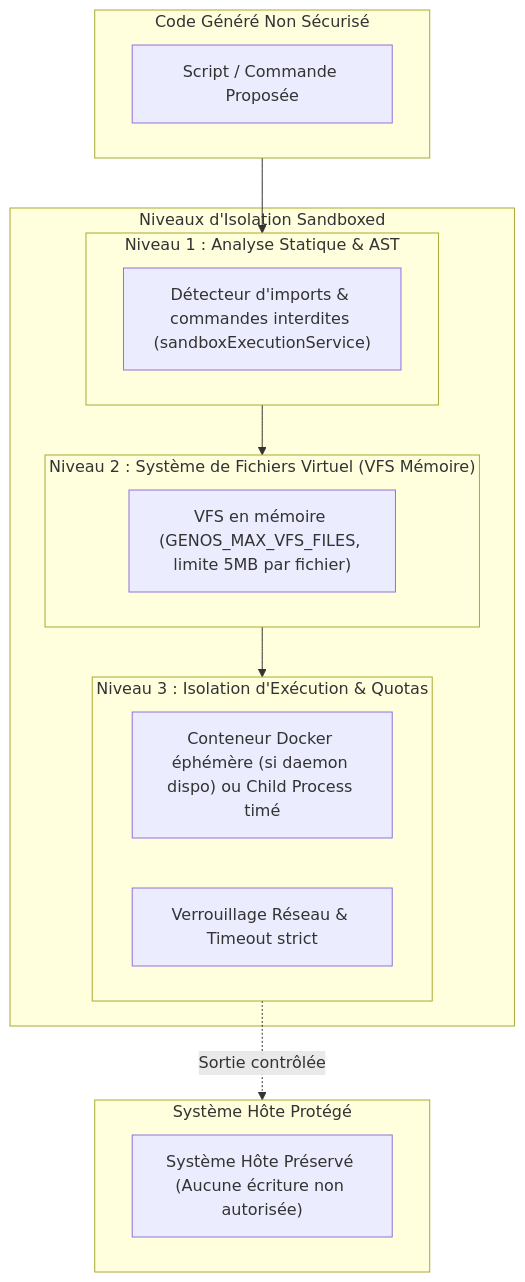
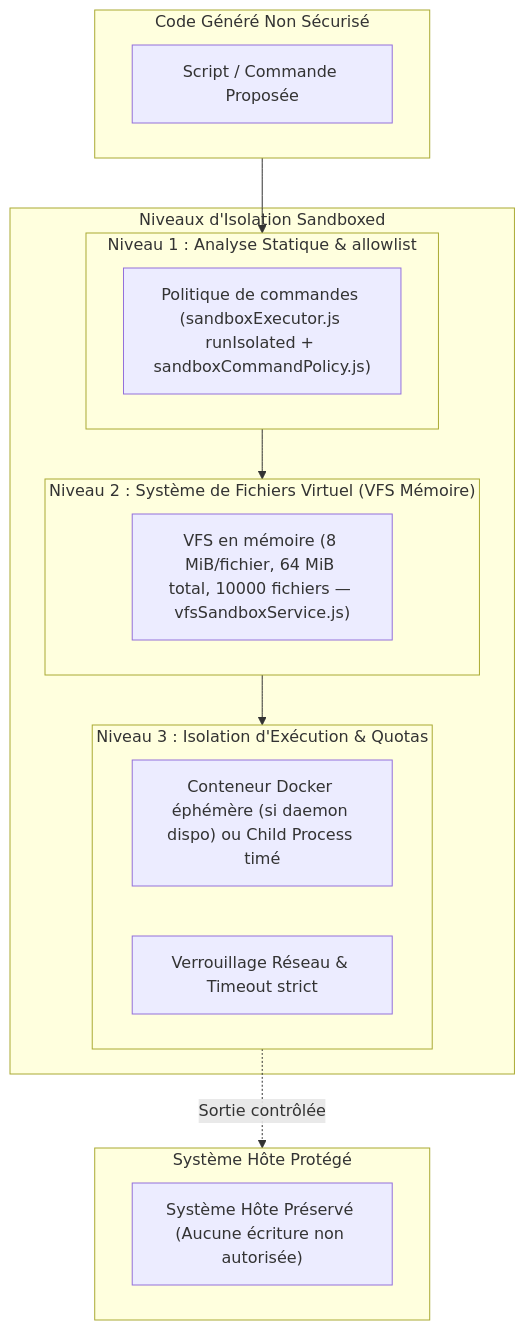
Before and after one commit to PISSARAW/GenOS: the second of 3 diagrams in docs/05-securite-gouvernance/sandbox-execution-code.md, drawn with Mermaid. The commit also changed other lines of this file and 15 other files, not shown here.

````diff
--- a/docs/05-securite-gouvernance/sandbox-execution-code.md
+++ b/docs/05-securite-gouvernance/sandbox-execution-code.md
@@ -253,28 +253,28 @@
 ```mermaid
 flowchart TB
     subgraph UntrustedCode["Code Généré Non Sécurisé"]
         Script["Script / Commande Proposée"]
     end
 
     subgraph IsolationLayer["Niveaux d'Isolation Sandboxed"]
-        subgraph Level1["Niveau 1 : Analyse Statique & AST"]
-            ASTChecker["Détecteur d'imports & commandes interdites (sandboxExecutionService)"]
+        subgraph Level1["Niveau 1 : Analyse Statique & allowlist"]
+            ASTChecker["Politique de commandes (sandboxExecutor.js runIsolated + sandboxCommandPolicy.js)"]
         end
         subgraph Level2["Niveau 2 : Système de Fichiers Virtuel (VFS Mémoire)"]
-            MemVFS["VFS en mémoire (GENOS_MAX_VFS_FILES, limite 5MB par fichier)"]
+            MemVFS["VFS en mémoire (8 MiB/fichier, 64 MiB total, 10000 fichiers — vfsSandboxService.js)"]
         end
         subgraph Level3["Niveau 3 : Isolation d'Exécution & Quotas"]
             DockerBox["Conteneur Docker éphémère (si daemon dispo) ou Child Process timé"]
             NetLock["Verrouillage Réseau & Timeout strict"]
         end
     end
 
     subgraph SafeHost["Système Hôte Protégé"]
         RealFS["Système Hôte Préservé (Aucune écriture non autorisée)"]
     end
 
     UntrustedCode --> Level1
     Level1 --> Level2
     Level2 --> Level3
     Level3 -.->|Sortie contrôlée| SafeHost
 ```
````
